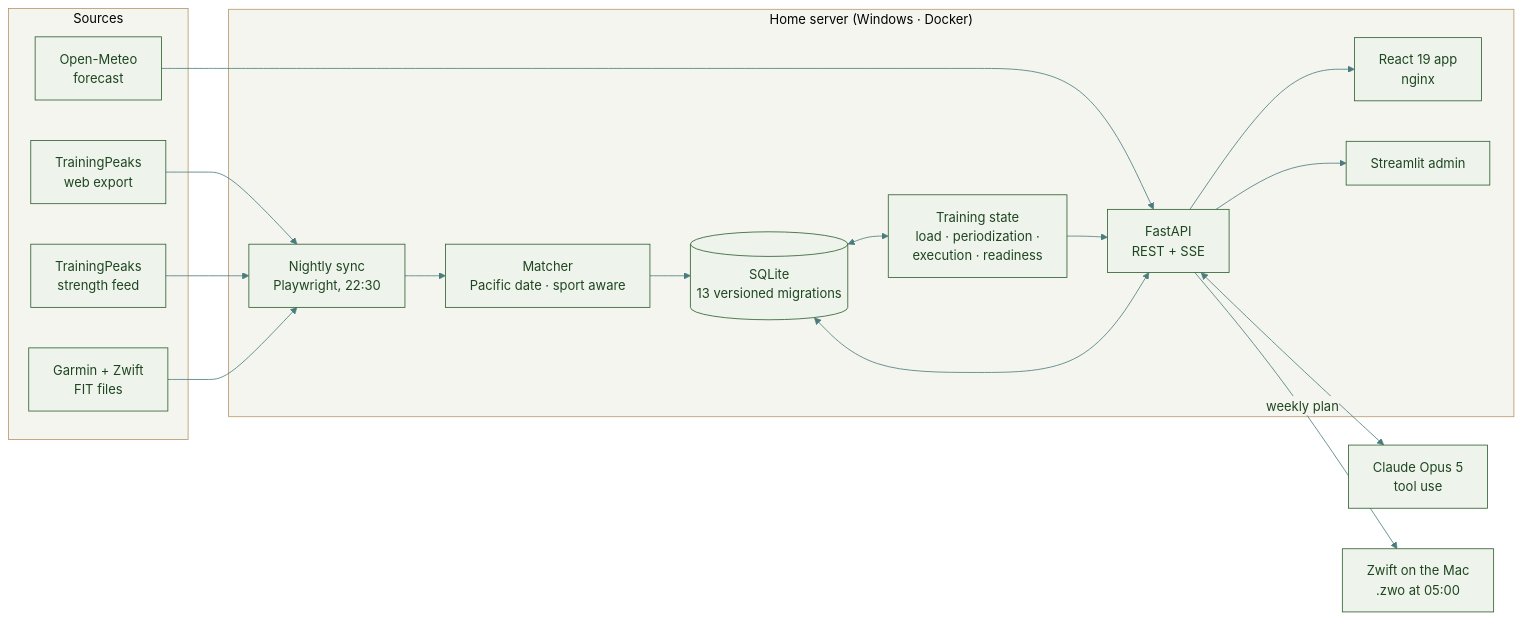
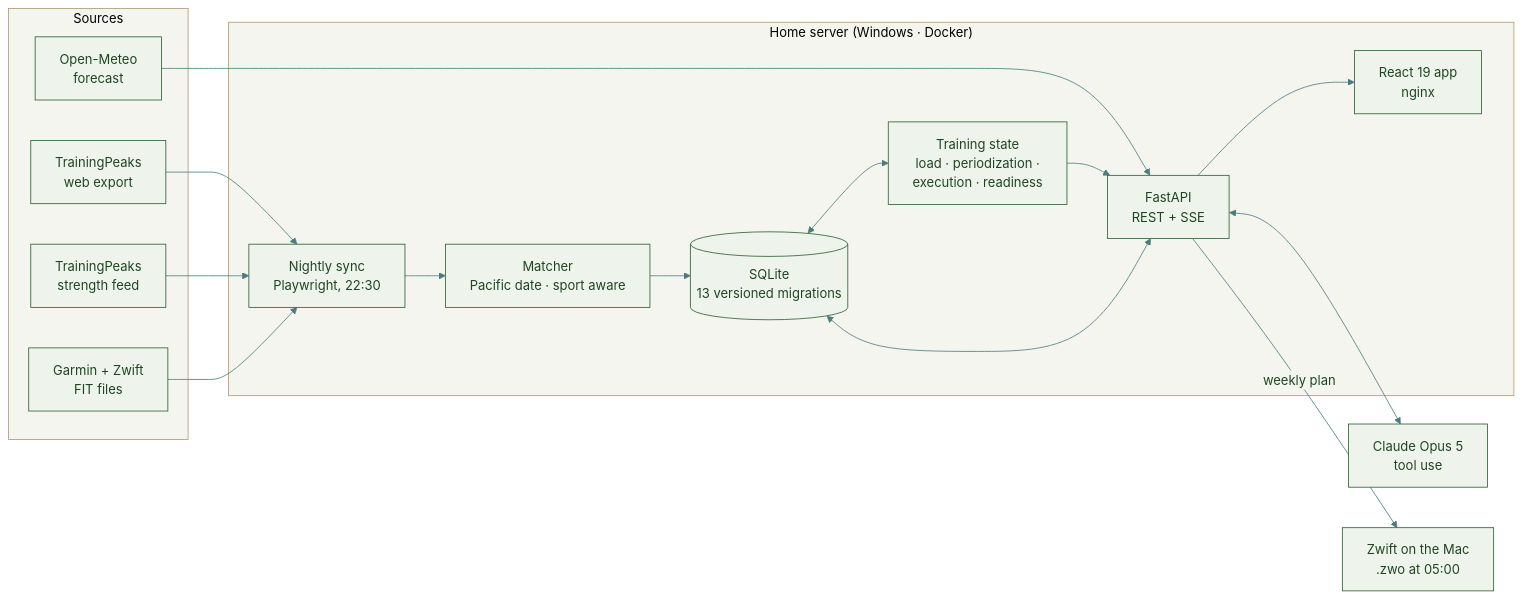
One commit to SneakyAnalytics/fitness_tracker changed the diagram in README.md. Above: the diagram before and after it, drawn with Mermaid. The commit also changed other lines of this file and 23 other files, not shown here.

First line of the commit message:
Retire the Streamlit admin app

````diff
--- a/README.md
+++ b/README.md
@@ -238,33 +238,31 @@
 ```mermaid
 %%{init: {'theme': 'base', 'themeVariables': {'primaryColor': '#eef3ec', 'primaryTextColor': '#1e4620', 'primaryBorderColor': '#2c5f2d', 'lineColor': '#4a7c7e', 'clusterBkg': '#f5f5f0', 'clusterBorder': '#b8956a', 'edgeLabelBackground': '#f5f5f0'}}}%%
 flowchart LR
     subgraph Sources
         TP[TrainingPeaks<br/>web export]
         RX[TrainingPeaks<br/>strength feed]
         FIT[Garmin + Zwift<br/>FIT files]
         WX[Open-Meteo<br/>forecast]
     end
 
     subgraph Beelink["Home server (Windows · Docker)"]
         SYNC[Nightly sync<br/>Playwright, 22:30]
         LINK[Matcher<br/>Pacific date · sport aware]
         DB[(SQLite<br/>13 versioned migrations)]
         CALC[Training state<br/>load · periodization ·<br/>execution · readiness]
         API[FastAPI<br/>REST + SSE]
         WEB[React 19 app<br/>nginx]
-        ADMIN[Streamlit admin]
     end
 
     LLM[Claude Opus 5<br/>tool use]
     ZW[Zwift on the Mac<br/>.zwo at 05:00]
 
     TP & RX & FIT --> SYNC --> LINK --> DB
     WX --> API
     DB <--> CALC
     CALC --> API
     DB <--> API
     API <--> LLM
     API --> WEB
-    API --> ADMIN
     API -- weekly plan --> ZW
 ```
````
